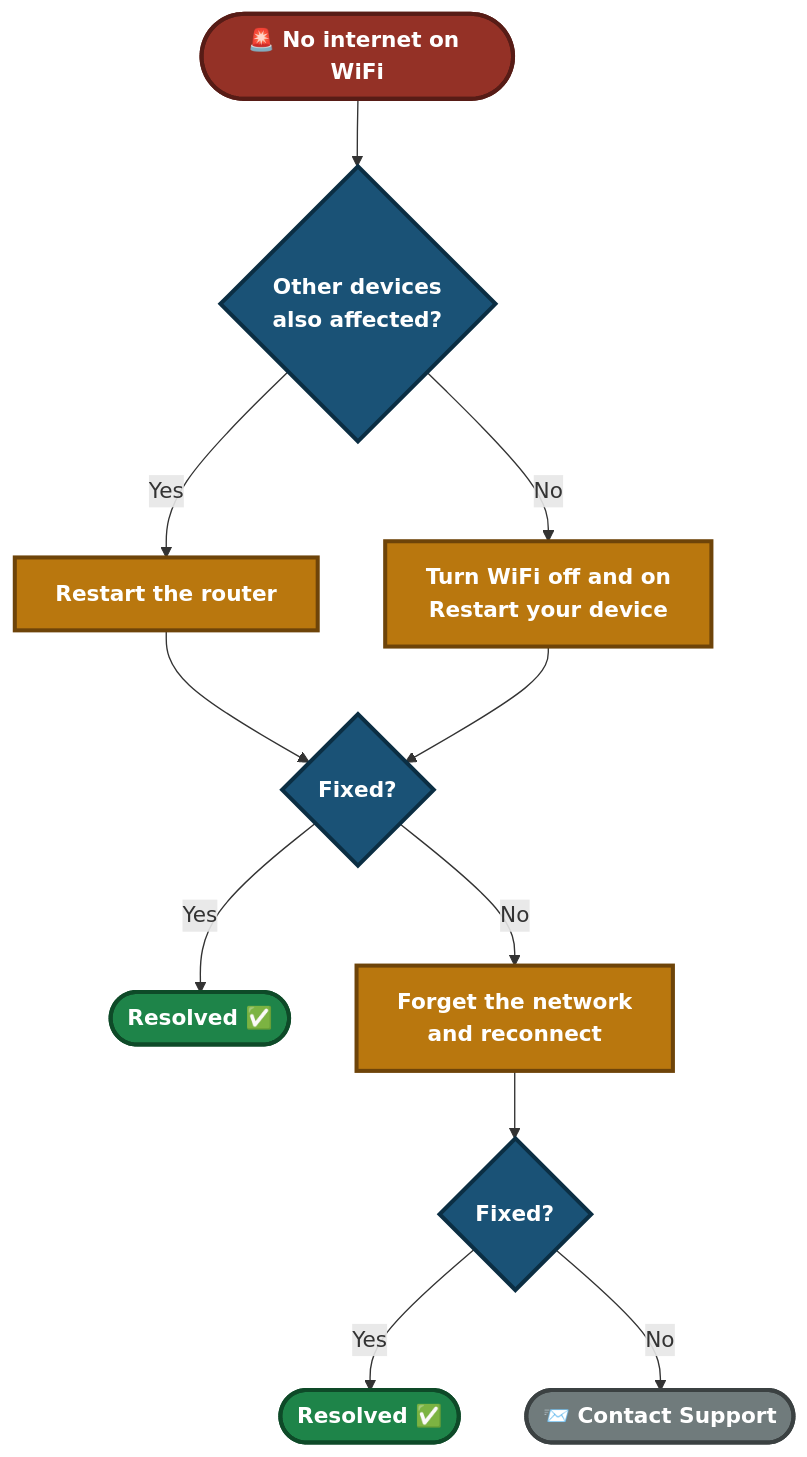
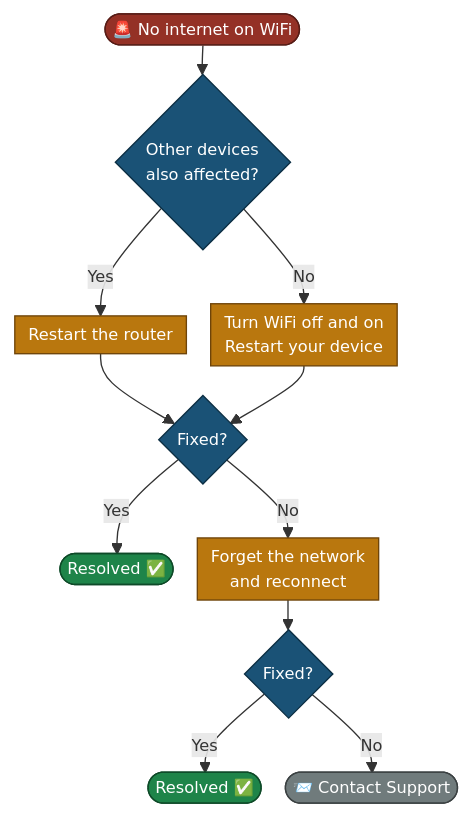
Before and after one commit to malaika-azhar/Customer-Tech-Support-Portfolio: the second of 3 diagrams in 04-Solution-guides/04.1-WiFi-Guide.md, drawn with Mermaid. The commit also changed other lines of this file, not shown here.

````diff
--- a/04-Solution-guides/04.1-WiFi-Guide.md
+++ b/04-Solution-guides/04.1-WiFi-Guide.md
@@ -171,19 +171,20 @@
 ```mermaid
+%%{init: {'themeVariables': {'fontSize': '12px'}, 'flowchart': {'nodeSpacing': 18, 'rankSpacing': 22, 'padding': 5}}}%%
 flowchart TD
     A(["🚨 No internet on WiFi"]):::start --> B{"Other devices<br/>also affected?"}:::step
     B -->|Yes| C["Restart the router"]:::fix
     B -->|No| D["Turn WiFi off and on<br/>Restart your device"]:::fix
     C --> E{"Fixed?"}:::step
     D --> E
     E -->|Yes| End1(["Resolved ✅"]):::ok
     E -->|No| F["Forget the network<br/>and reconnect"]:::fix
     F --> G{"Fixed?"}:::step
     G -->|Yes| End2(["Resolved ✅"]):::ok
     G -->|No| H(["📨 Contact Support"]):::esc
 
-    classDef start fill:#943126,stroke:#571C16,stroke-width:3px,color:#FFFFFF,font-weight:bold
-    classDef step fill:#1A5276,stroke:#0B2E43,stroke-width:3px,color:#FFFFFF,font-weight:bold
-    classDef fix fill:#B9770E,stroke:#6E4409,stroke-width:3px,color:#FFFFFF,font-weight:bold
-    classDef ok fill:#1E8449,stroke:#0E4A28,stroke-width:3px,color:#FFFFFF,font-weight:bold
-    classDef esc fill:#707B7C,stroke:#3B4142,stroke-width:3px,color:#FFFFFF,font-weight:bold
+    classDef start fill:#943126,stroke:#571C16,stroke-width:1px,color:#FFFFFF
+    classDef step fill:#1A5276,stroke:#0B2E43,stroke-width:1px,color:#FFFFFF
+    classDef fix fill:#B9770E,stroke:#6E4409,stroke-width:1px,color:#FFFFFF
+    classDef ok fill:#1E8449,stroke:#0E4A28,stroke-width:1px,color:#FFFFFF
+    classDef esc fill:#707B7C,stroke:#3B4142,stroke-width:1px,color:#FFFFFF
 ```
````
